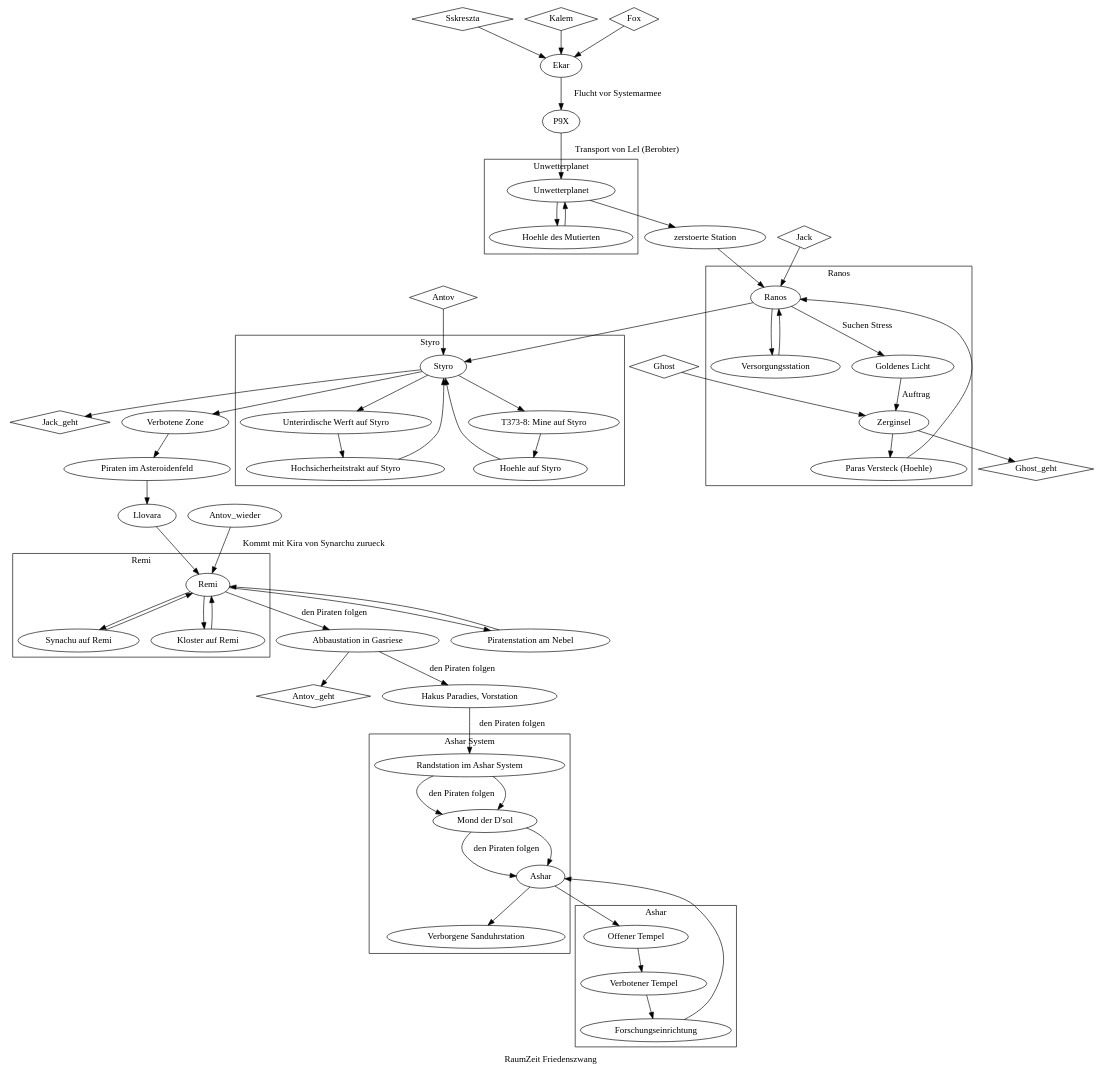
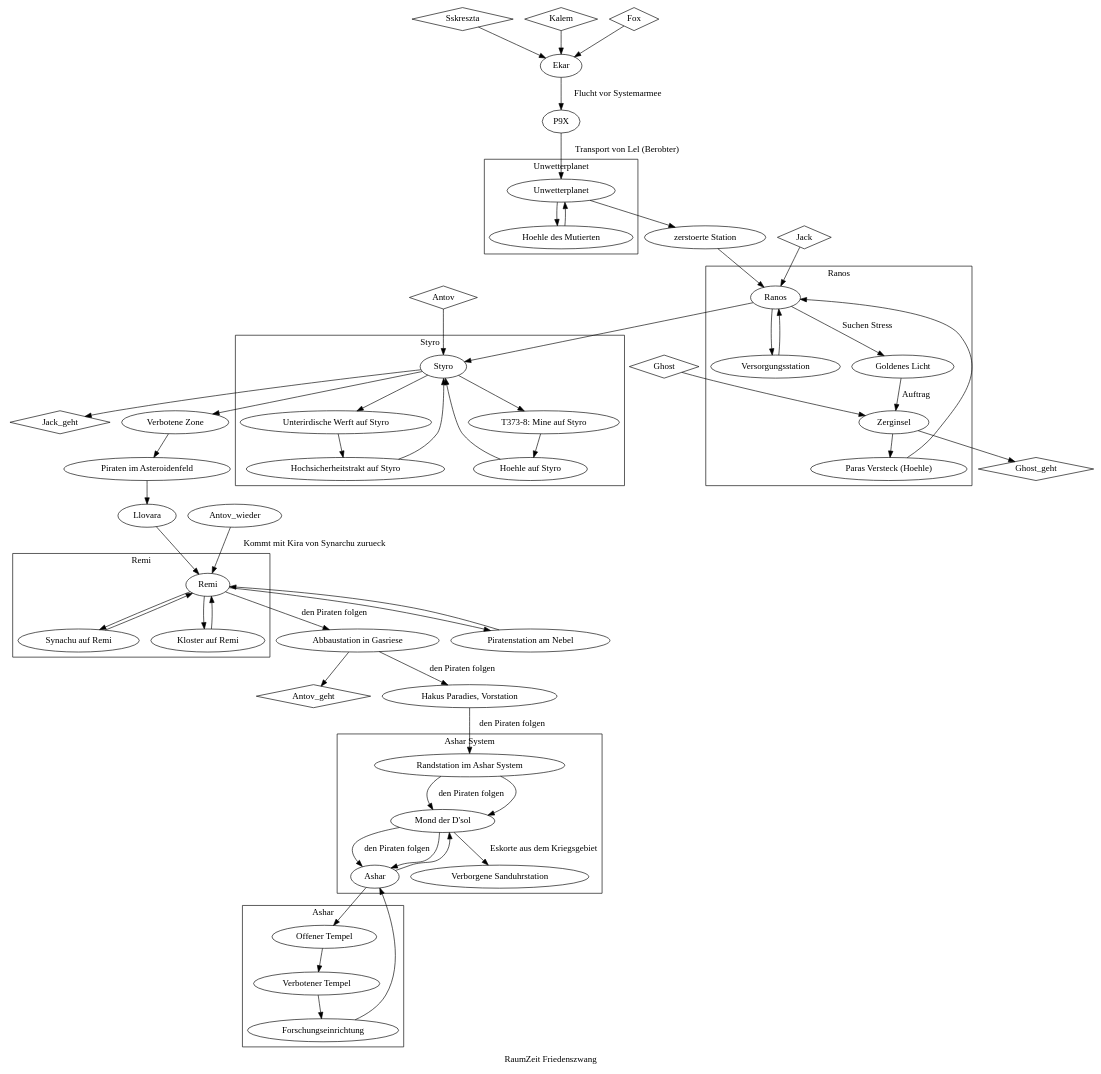
The diagram in RaumZeit/Charaktere/Sskreszta/stationen_unserer_reise.dot (vaibhav-gupt/Hg), drawn with Graphviz before and after one commit.

Commit message:
Sskreszta-Log: Stationen unserer Reise: Edge Label eingefuegt.

```diff
--- a/RaumZeit/Charaktere/Sskreszta/stationen_unserer_reise.dot
+++ b/RaumZeit/Charaktere/Sskreszta/stationen_unserer_reise.dot
@@ -1,84 +1,85 @@
 digraph G {
     name = "RaumZeit Friedenszwang"
     label = "RaumZeit Friedenszwang"
     // Personen
     node [shape="diamond"] Sskreszta; Kalem; Fox; Jack; Jack_geht; Ghost; Ghost_geht; Antov; Antov_geht
     
     node [shape=""]
     // dazugestoßen 
     Sskreszta -> Ekar
     Kalem -> Ekar
     Fox -> Ekar
     Jack -> Ranos
     Ghost -> Zerginsel 
     Antov -> Styro
     
     // verlassen
     Zerginsel -> Ghost_geht
     Styro -> Jack_geht
     "Abbaustation in Gasriese" -> Antov_geht
 
     // wiedergekommen
     edge [label="Kommt mit Kira von Synarchu zurueck"]
     Antov_wieder -> Remi
     
     // Der Weg
     edge [label="Flucht vor Systemarmee"] Ekar -> P9X 
     edge [label="Transport von Lel (Berobter)"] P9X -> Unwetterplanet
     edge [label=""]
     Unwetterplanet -> "zerstoerte Station" -> Ranos -> Styro -> "Verbotene Zone" -> "Piraten im Asteroidenfeld" -> Llovara -> Remi -> "Piratenstation am Nebel" -> Remi
 
     edge [label="den Piraten folgen"] Remi -> "Abbaustation in Gasriese" 
     "Abbaustation in Gasriese" -> "Hakus Paradies, Vorstation" -> "Randstation im Ashar System"
     "Randstation im Ashar System" -> "Mond der D'sol" -> "Ashar"
 
     // Wie es weitergehen koennte. 
     edge [style="dashed"]
     
     edge [label="" style=""]
     // Beschreibungen
         
         // Ereignisse auf dem Unwetterplaneten
         subgraph cluster0 {
             name = Unwetterplanet
             label = Unwetterplanet
             Unwetterplanet -> "Hoehle des Mutierten" -> Unwetterplanet
         }
         
         // Ereignisse in Ranos
         subgraph cluster1 {
             name = Ranos
             label = Ranos
             edge [label="Suchen Stress"]Ranos -> "Goldenes Licht"
             edge [label="Auftrag"] "Goldenes Licht" -> Zerginsel
             edge [label=""] Zerginsel -> "Paras Versteck (Hoehle)" -> Ranos -> Versorgungsstation -> Ranos
         }
         
         // Ereignisse in Styro
         subgraph cluster2 {
             name = Styro
             label = Styro
             Styro -> "T373-8: Mine auf Styro" ->  "Hoehle auf Styro" -> Styro -> "Unterirdische Werft auf Styro" -> "Hochsicherheitstrakt auf Styro" -> Styro 
         }
         
         // Ereignisse auf Remi
         subgraph cluster3 { 
             name = Remi
             label = Remi
             Remi -> "Synachu auf Remi" -> Remi -> "Kloster auf Remi" -> Remi
         }
 
         // Ereignisse bei Ashar
         subgraph cluster4 { 
             name = "Ashar System"
             label = "Ashar System"
-            "Randstation im Ashar System" -> "Mond der D'sol" -> "Ashar" -> "Verborgene Sanduhrstation"
+            "Randstation im Ashar System" -> "Mond der D'sol" -> "Ashar" -> "Mond der D'sol"
+            edge [label="Eskorte aus dem Kriegsgebiet"] "Mond der D'sol" -> "Verborgene Sanduhrstation"
         }
 
         // Ereignisse auf Ashar
         subgraph cluster5 { 
             name = "Ashar"
             label = "Ashar"
             Ashar -> "Offener Tempel" -> "Verbotener Tempel" -> Forschungseinrichtung -> Ashar
         }
 }
```
